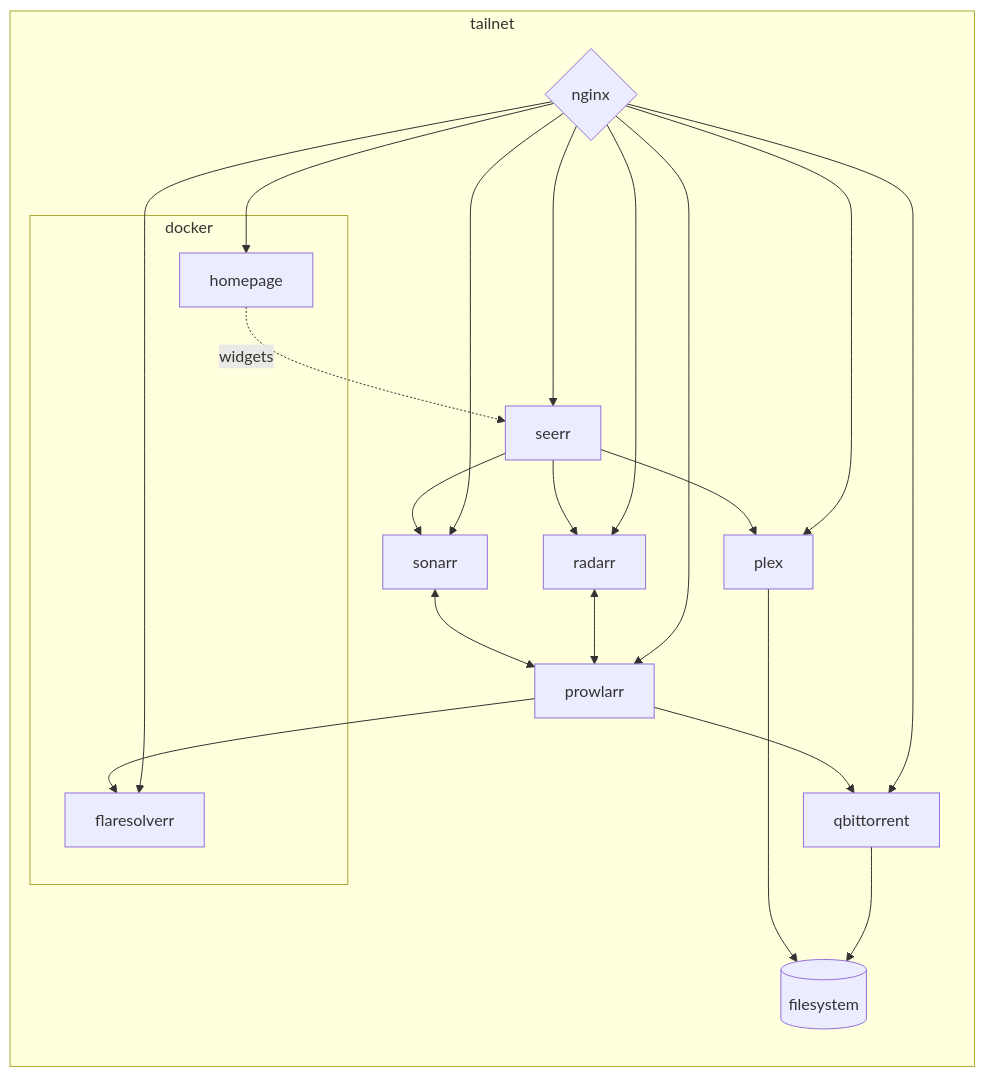
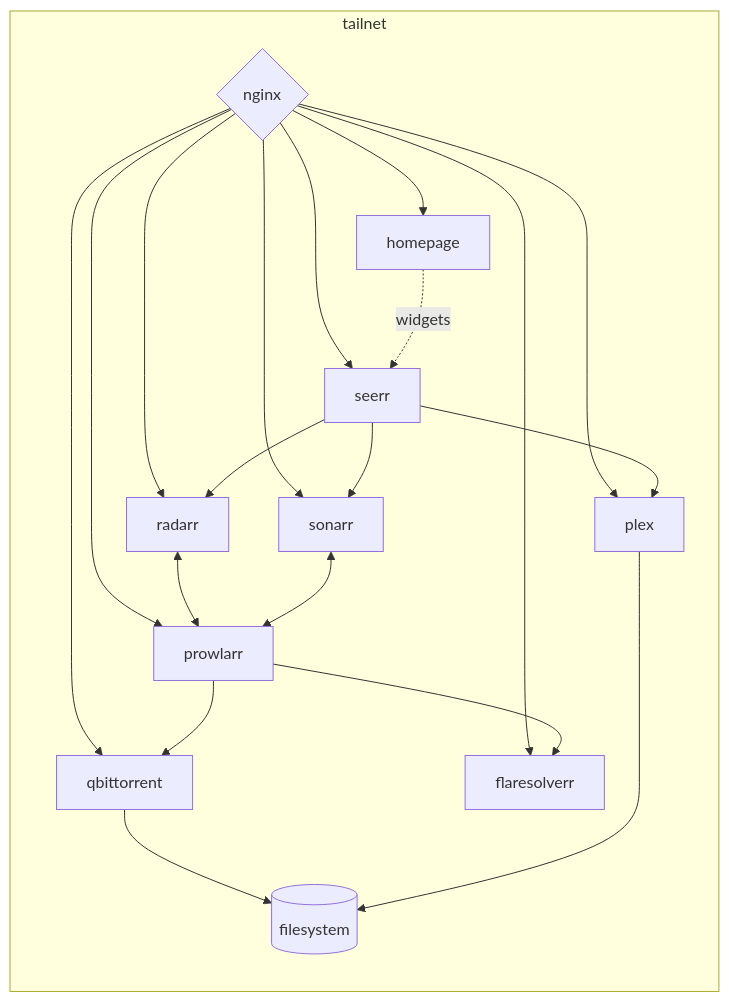
The second of 2 diagrams in README.md (alexpyoung/homelab), drawn with Mermaid before and after one commit.

Commit message:
doc(README): drop the docker box from the internal diagram

````diff
--- a/README.md
+++ b/README.md
@@ -73,35 +73,33 @@
 ```mermaid
 flowchart LR
     subgraph tailnet
         nginx{nginx}
-        subgraph docker
-            homepage
-            flaresolverr
-        end
+        homepage
+        flaresolverr
         plex
         seerr
         radarr
         sonarr
         prowlarr
         qbittorrent
         fs[(filesystem)]
     end
     nginx-->homepage
     nginx-->seerr
     nginx-->plex
     nginx-->radarr
     nginx-->sonarr
     nginx-->prowlarr
     nginx-->qbittorrent
     nginx-->flaresolverr
     homepage-."widgets".->seerr
     seerr-->radarr
     seerr-->sonarr
     seerr-->plex
     radarr<-->prowlarr
     sonarr<-->prowlarr
     prowlarr-->flaresolverr
     prowlarr-->qbittorrent
     qbittorrent-->fs
     plex-->fs
 ```
````
